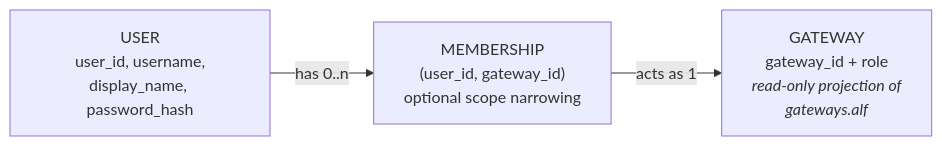
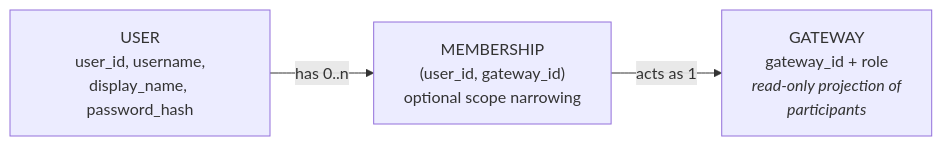
One commit to johan162/EduMatcher changed the third of 3 diagrams in docs-design/EduMatcher-auth.md. Above: the diagram before and after it, drawn with Mermaid. The commit also changed other lines of this file and 187 other files, not shown here.

Commit message:
refacto(config)!: rename gateways.alf to participants. This is a breaking change!

````diff
--- a/docs-design/EduMatcher-auth.md
+++ b/docs-design/EduMatcher-auth.md
@@ -368,8 +368,8 @@
 ```mermaid
 flowchart LR
     U["USER<br/>user_id, username,<br/>display_name, password_hash"]
     M["MEMBERSHIP<br/>(user_id, gateway_id)<br/>optional scope narrowing"]
-    G["GATEWAY<br/>gateway_id + role<br/><i>read-only projection of</i><br/><i>gateways.alf</i>"]
+    G["GATEWAY<br/>gateway_id + role<br/><i>read-only projection of</i><br/><i>participants</i>"]
     U -->|"has 0..n"| M
     M -->|"acts as 1"| G
 ```
````
